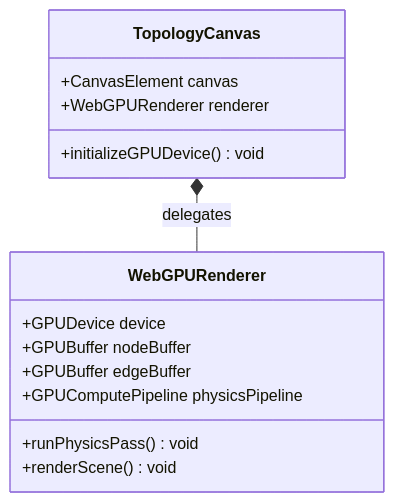
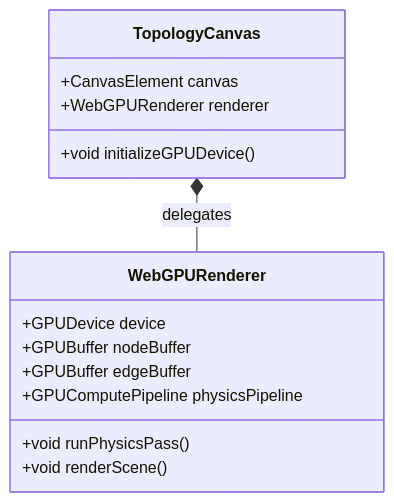
One commit to gintatkinson/digital-pipeline-repo changed the diagram in docs/features/feat-16-gpu-topology.md. Above: the diagram before and after it, drawn with Mermaid. The commit also changed 16 other files, not shown here.

Commit message:
feat: implement fix_mermaid_colons.py and repair existing Mermaid class diagrams

````diff
--- a/docs/features/feat-16-gpu-topology.md
+++ b/docs/features/feat-16-gpu-topology.md
@@ -19,17 +19,17 @@
 ```mermaid
 classDiagram
     class TopologyCanvas {
         +CanvasElement canvas
         +WebGPURenderer renderer
-        +initializeGPUDevice() void
+        +void initializeGPUDevice()
     }
     class WebGPURenderer {
         +GPUDevice device
         +GPUBuffer nodeBuffer
         +GPUBuffer edgeBuffer
         +GPUComputePipeline physicsPipeline
-        +runPhysicsPass() void
-        +renderScene() void
+        +void runPhysicsPass()
+        +void renderScene()
     }
     TopologyCanvas *-- WebGPURenderer : delegates
 ```
````
